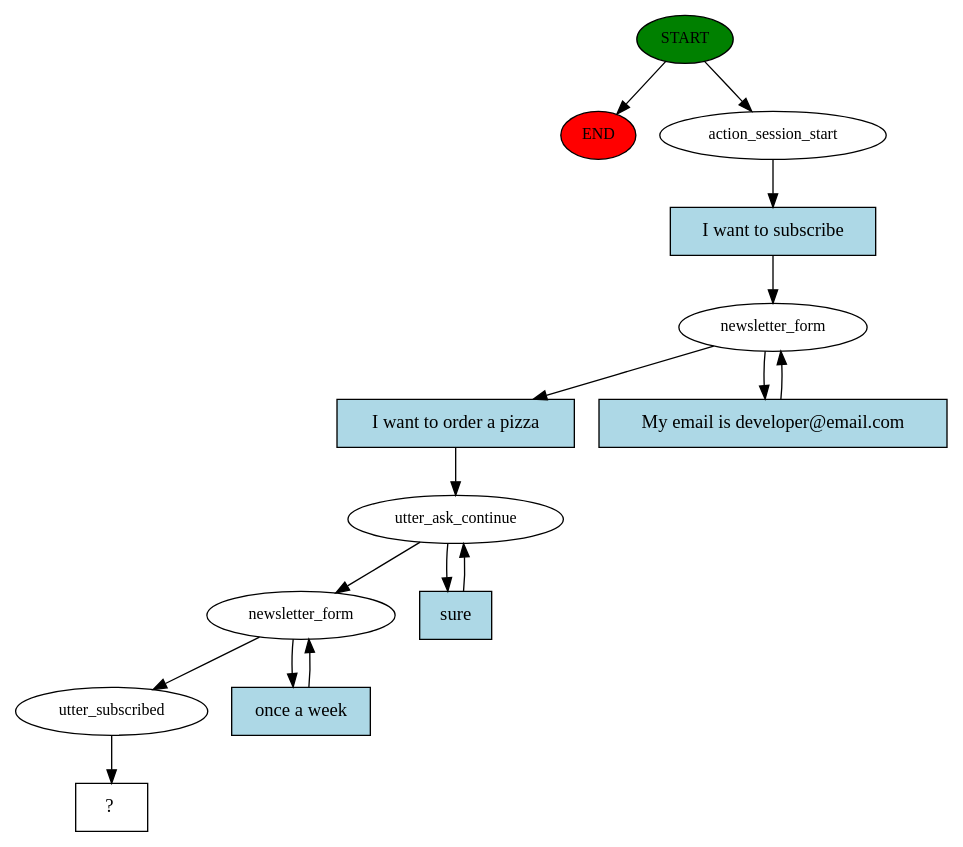
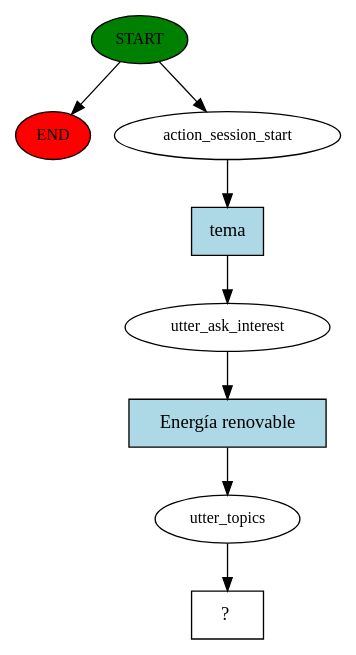
The diagram in story_graph.dot (JoshuaAlvarez/rasa-dev-chatbot), drawn with Graphviz before and after one commit. The commit also changed 8 other files, not shown here.

```diff
--- a/story_graph.dot
+++ b/story_graph.dot
@@ -1,30 +1,17 @@
 digraph  {
 0 [class="start active", fillcolor=green, fontsize=12, label=START, style=filled];
 "-1" [class=end, fillcolor=red, fontsize=12, label=END, style=filled];
 1 [class=active, fontsize=12, label=action_session_start];
-2 [class=active, fontsize=12, label=newsletter_form];
-4 [class=active, fontsize=12, label=utter_ask_continue];
-6 [class=active, fontsize=12, label=newsletter_form];
-8 [class=active, fontsize=12, label=utter_subscribed];
-9 [class="intent dashed active", label="  ?  ", shape=rect];
-10 [class="intent active", fillcolor=lightblue, label="I want to subscribe", shape=rect, style=filled];
-11 [class="intent active", fillcolor=lightblue, label="I want to order a pizza", shape=rect, style=filled];
-12 [class="intent active", fillcolor=lightblue, label="My email is developer@email.com", shape=rect, style=filled];
-13 [class="intent active", fillcolor=lightblue, label=sure, shape=rect, style=filled];
-14 [class="intent active", fillcolor=lightblue, label="once a week", shape=rect, style=filled];
+2 [class=active, fontsize=12, label=utter_ask_interest];
+3 [class=active, fontsize=12, label=utter_topics];
+4 [class="intent dashed active", label="  ?  ", shape=rect];
+5 [class="intent active", fillcolor=lightblue, label=tema, shape=rect, style=filled];
+6 [class="intent active", fillcolor=lightblue, label="Energía renovable", shape=rect, style=filled];
 0 -> "-1"  [class="", key=NONE, label=""];
 0 -> 1  [class=active, key=NONE, label=""];
-1 -> 10  [class=active, key=0];
-2 -> 11  [class=active, key=0];
-2 -> 12  [class=active, key=0];
-4 -> 6  [class=active, key=NONE, label=""];
-4 -> 13  [class=active, key=0];
-6 -> 8  [class=active, key=NONE, label=""];
-6 -> 14  [class=active, key=0];
-8 -> 9  [class=active, key=NONE, label=""];
-10 -> 2  [class=active, key=0];
-11 -> 4  [class=active, key=0];
-12 -> 2  [class=active, key=0];
-13 -> 4  [class=active, key=0];
-14 -> 6  [class=active, key=0];
+1 -> 5  [class=active, key=0];
+2 -> 6  [class=active, key=0];
+3 -> 4  [class=active, key=NONE, label=""];
+5 -> 2  [class=active, key=0];
+6 -> 3  [class=active, key=0];
 }
```
